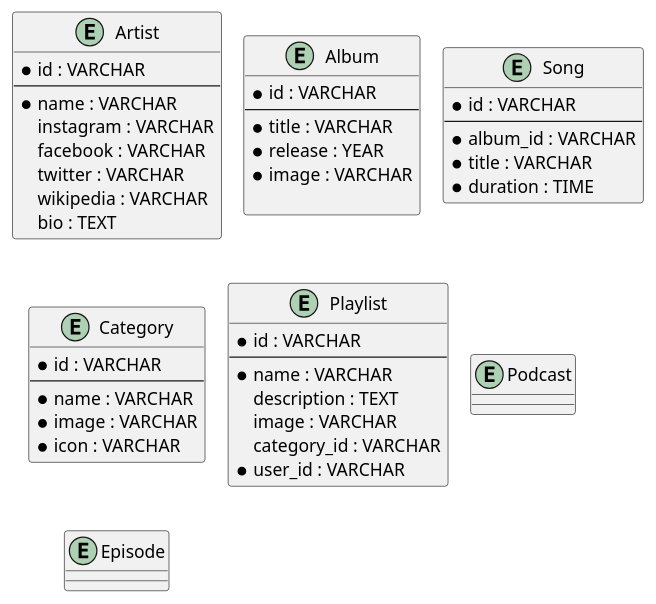
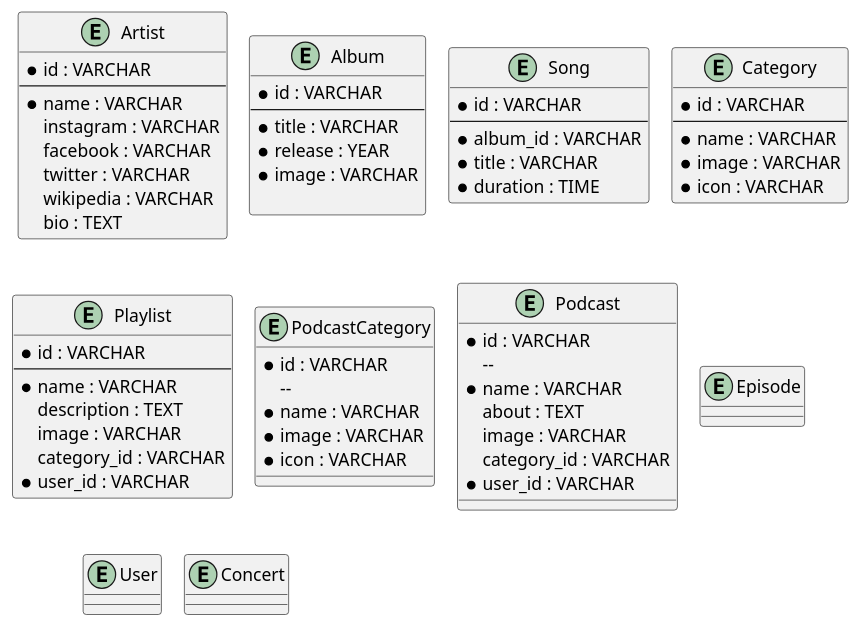
Before and after one commit to fkresna23/database-design-spotify: the diagram in spotify.puml, drawn with PlantUML.

Commit message:
Menentukan Attribute Entity Podcast

```diff
--- a/spotify.puml
+++ b/spotify.puml
@@ -1,56 +1,78 @@
 @startuml
 !pragma layout smetana
 entity Artist {
     * id : VARCHAR
     --
     * name : VARCHAR
     instagram : VARCHAR
     facebook : VARCHAR
     twitter : VARCHAR
     wikipedia : VARCHAR
     bio : TEXT
 }
 
 entity Album {
     * id : VARCHAR
     --
     * title : VARCHAR
     * release : YEAR
     * image : VARCHAR
 
 }
 
 entity Song {
     * id : VARCHAR
     --
     * album_id : VARCHAR
     * title : VARCHAR
     * duration : TIME
 }
 
 entity Category {
     * id : VARCHAR
     --
     * name : VARCHAR
     * image : VARCHAR
     * icon : VARCHAR
 }
 
 entity Playlist {
     * id : VARCHAR
     --
     * name : VARCHAR
     description : TEXT
     image : VARCHAR
     category_id : VARCHAR
     * user_id : VARCHAR
 }
 
+entity PodcastCategory {
+     * id : VARCHAR
+        --
+     * name : VARCHAR
+     * image : VARCHAR
+     * icon : VARCHAR
+}
+
 entity Podcast {
-
+    * id : VARCHAR
+        --
+    * name : VARCHAR
+    about : TEXT
+    image : VARCHAR
+    category_id : VARCHAR
+    * user_id : VARCHAR
 }
 
 entity Episode {
 
 }
+
+entity User {
+
+}
+
+entity Concert {
+
+}
 @enduml
```
